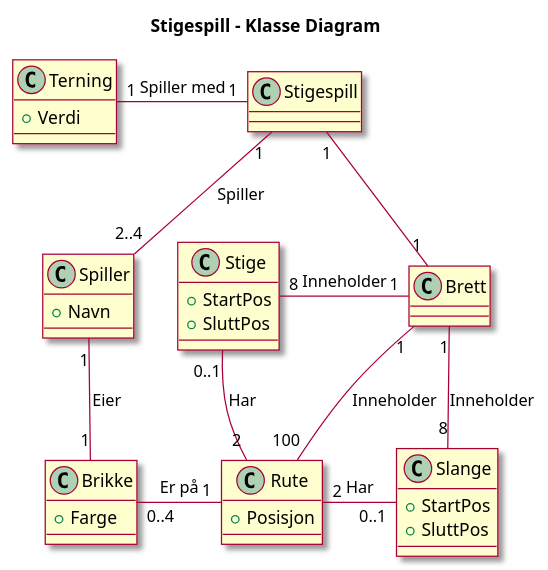
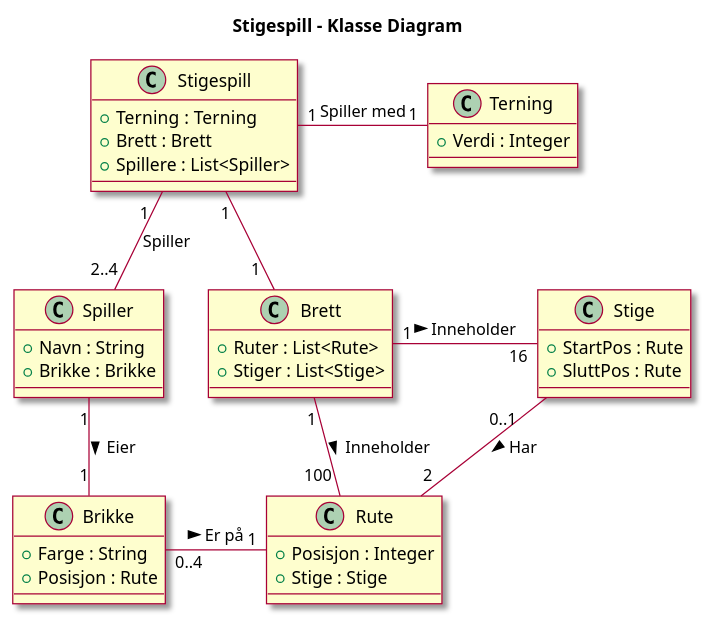
One commit to h598062/DAT109 changed the diagram in Oblig1/Diagrammer/Klassediagram.plantuml. Above: the diagram before and after it, drawn with PlantUML.

Commit message:
lagt til klasse variabler

```diff
--- a/Oblig1/Diagrammer/Klassediagram.plantuml
+++ b/Oblig1/Diagrammer/Klassediagram.plantuml
@@ -1,41 +1,45 @@
 @startuml Klassediagram
 
 skin rose
 
 title Stigespill - Klasse Diagram
 
-class Stigespill{}
-class Brett{}
+class Stigespill{
+	+Terning : Terning
+	+Brett : Brett
+	+Spillere : List<Spiller>
+}
+class Brett{
+	+Ruter : List<Rute>
+	+Stiger : List<Stige>
+}
 class Rute{
-	+Posisjon
-}
-class Slange{
-	+StartPos
-	+SluttPos
+	+Posisjon : Integer
+	+Stige : Stige
 }
 class Stige{
-	+StartPos
-	+SluttPos
+	+StartPos : Rute
+	+SluttPos : Rute
 }
 class Spiller{
-	+Navn
+	+Navn : String
+	+Brikke : Brikke
 }
 class Brikke{
-	+Farge
+	+Farge : String
+	+Posisjon : Rute
 }
 class Terning{
-	+Verdi
+	+Verdi : Integer
 }
 
-Brett "1" -down- "100" Rute: Inneholder
-Brett "1" -right- "8" Slange: Inneholder
-Brett "1" -left- "8" Stige: Inneholder
-Rute "2" -right- "0..1" Slange: Har
-Rute "2" -left- "0..1" Stige: Har
-Stigespill "1" -down- "2..4" Spiller: Spiller
-Stigespill "1" -down- "1" Brett
-Stigespill "1" -left- "1" Terning: Spiller med
-Spiller "1" -down- "1" Brikke: Eier
-Brikke "0..4" -right- "1" Rute: Er på
+Brett "1" -down- "100 " Rute: Inneholder >
+Brett "1   " -right- " 16" Stige: Inneholder >
+Stige "0..1    " -down- "2" Rute : Har >
+Stigespill "1  " -down- "2..4" Spiller: Spiller
+Stigespill "1" -down- "1  " Brett
+Stigespill "1   " -right- "   1" Terning: Spiller med
+Spiller "1" -down- "1" Brikke: Eier >
+Brikke "0..4" -right- "   1" Rute: Er på >
 
 @enduml
```
